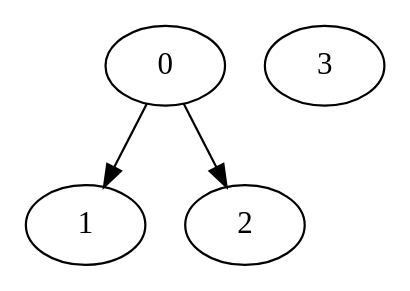
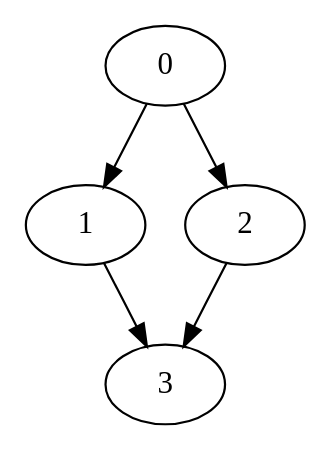
Before and after one commit to mohan-cao/revilo: the diagram in input-output.dot, drawn with Graphviz. The commit also changed 2 other files, not shown here.

```diff
--- a/input-output.dot
+++ b/input-output.dot
@@ -1,8 +1,10 @@
-digraph "output" {
+digraph "new graph" {
 		0 -> 1	[Weight=1];
 		0 -> 2	[Weight=2];
+		1 -> 3	[Weight=2];
+		2 -> 3	[Weight=1];
 		0		[Weight=1,Start=0,Processor=0];
 		1		[Weight=2,Start=1,Processor=0];
-		2		[Weight=3,Start=2,Processor=0];
-		3		[Weight=4,Start=3,Processor=0];
+		2		[Weight=3,Start=3,Processor=0];
+		3		[Weight=4,Start=6,Processor=0];
 }
```
